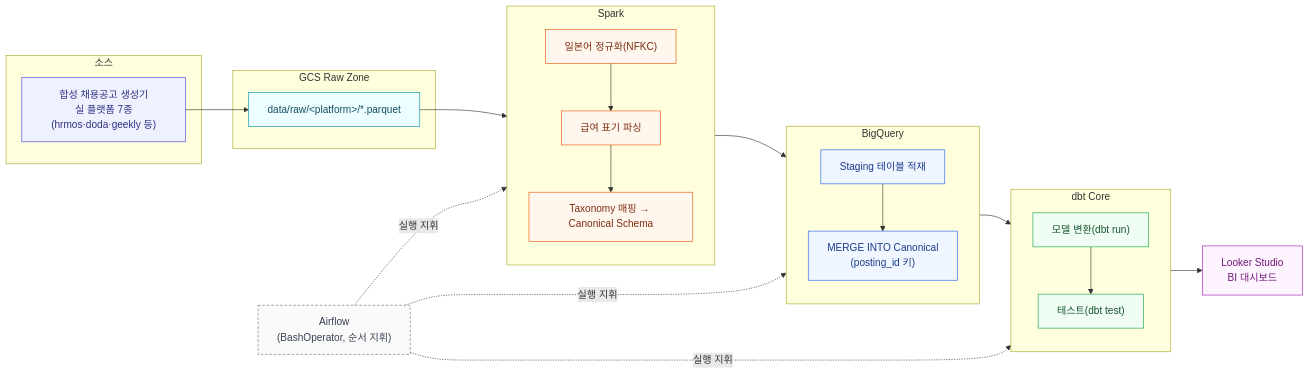
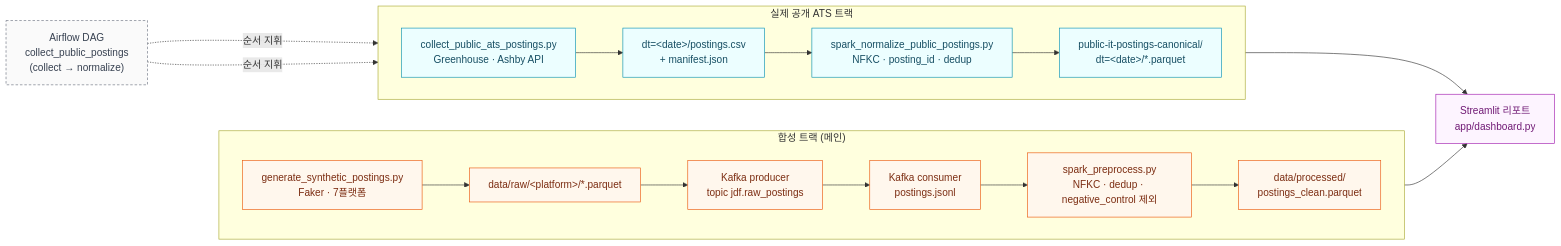
Before and after one commit to younnieCutler/job-posting-standardization: the diagram in README.md, drawn with Mermaid. The commit also changed other lines of this file and 15 other files, not shown here.

````diff
--- a/README.md
+++ b/README.md
@@ -48,58 +50,34 @@
 ```mermaid
 flowchart LR
-    subgraph SRC["소스"]
-        S1["합성 채용공고 생성기<br/>실 플랫폼 7종(hrmos·doda·geekly 등)"]
+    subgraph GEN["합성 트랙 (메인)"]
+        direction LR
+        G1["generate_synthetic_postings.py<br/>Faker · 7플랫폼"] --> G2["data/raw/&lt;platform&gt;/*.parquet"]
+        G2 --> K1["Kafka producer<br/>topic jdf.raw_postings"]
+        K1 --> K2["Kafka consumer<br/>postings.jsonl"]
+        K2 --> SPP["spark_preprocess.py<br/>NFKC · dedup · negative_control 제외"]
+        SPP --> P1["data/processed/<br/>postings_clean.parquet"]
     end
 
-    subgraph RAW["GCS Raw Zone"]
-        R1["data/raw/&lt;platform&gt;/*.parquet"]
+    subgraph ATS["실제 공개 ATS 트랙"]
+        direction LR
+        A1["collect_public_ats_postings.py<br/>Greenhouse · Ashby API"] --> A2["dt=&lt;date&gt;/postings.csv<br/>+ manifest.json"]
+        A2 --> A3["spark_normalize_public_postings.py<br/>NFKC · posting_id · dedup"]
+        A3 --> A4["public-it-postings-canonical/<br/>dt=&lt;date&gt;/*.parquet"]
     end
 
-    subgraph SPARK["Spark"]
-        direction TB
-        SP1["일본어 정규화(NFKC)"]
-        SP2["급여 표기 파싱"]
-        SP3["Taxonomy 매핑 → Canonical Schema"]
-    end
+    P1 --> ST["Streamlit 리포트<br/>app/dashboard.py"]
+    A4 --> ST
 
-    subgraph BQ["BigQuery"]
-        direction TB
-        B1["Staging 테이블 적재"]
-        B2["MERGE INTO Canonical<br/>(posting_id 키)"]
-    end
+    AF["Airflow DAG<br/>collect_public_postings<br/>(collect → normalize)"]
+    AF -. 순서 지휘 .-> A1
+    AF -. 순서 지휘 .-> A3
 
-    subgraph DBT["dbt Core"]
-        direction TB
-        D1["모델 변환(dbt run)"]
-        D2["테스트(dbt test)"]
-    end
-
-    LOOKER["Looker Studio<br/>BI 대시보드"]
-
-    S1 --> R1 --> SP1
-    SP1 --> SP2 --> SP3
-    SP3 --> B1 --> B2
-    B2 --> D1 --> D2
-    D2 --> LOOKER
-
-    AF["Airflow<br/>(BashOperator, 순서 지휘)"]
-    AF -.실행 지휘.-> SPARK
-    AF -.실행 지휘.-> BQ
-    AF -.실행 지휘.-> DBT
-
-    classDef src fill:#eef2ff,stroke:#4f46e5,color:#312e81
-    classDef raw fill:#ecfeff,stroke:#0891b2,color:#164e63
-    classDef spark fill:#fff7ed,stroke:#ea580c,color:#7c2d12
-    classDef bq fill:#eff6ff,stroke:#2563eb,color:#1e3a8a
-    classDef dbt fill:#f0fdf4,stroke:#16a34a,color:#14532d
-    classDef looker fill:#fdf4ff,stroke:#a21caf,color:#701a75
+    classDef gen fill:#fff7ed,stroke:#ea580c,color:#7c2d12
+    classDef ats fill:#ecfeff,stroke:#0891b2,color:#164e63
+    classDef st fill:#fdf4ff,stroke:#a21caf,color:#701a75
     classDef af fill:#fafafa,stroke:#6b7280,color:#374151,stroke-dasharray: 4 3
-
-    class S1 src
-    class R1 raw
-    class SP1,SP2,SP3 spark
-    class B1,B2 bq
-    class D1,D2 dbt
-    class LOOKER looker
+    class G1,G2,K1,K2,SPP,P1 gen
+    class A1,A2,A3,A4 ats
+    class ST st
     class AF af
 ```
````
